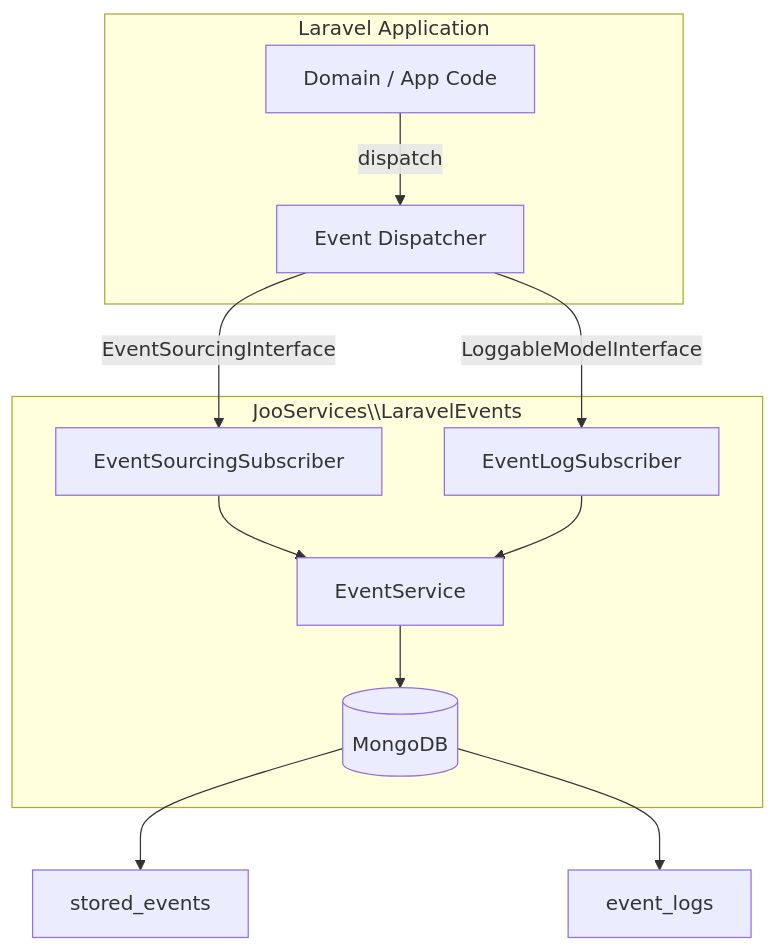
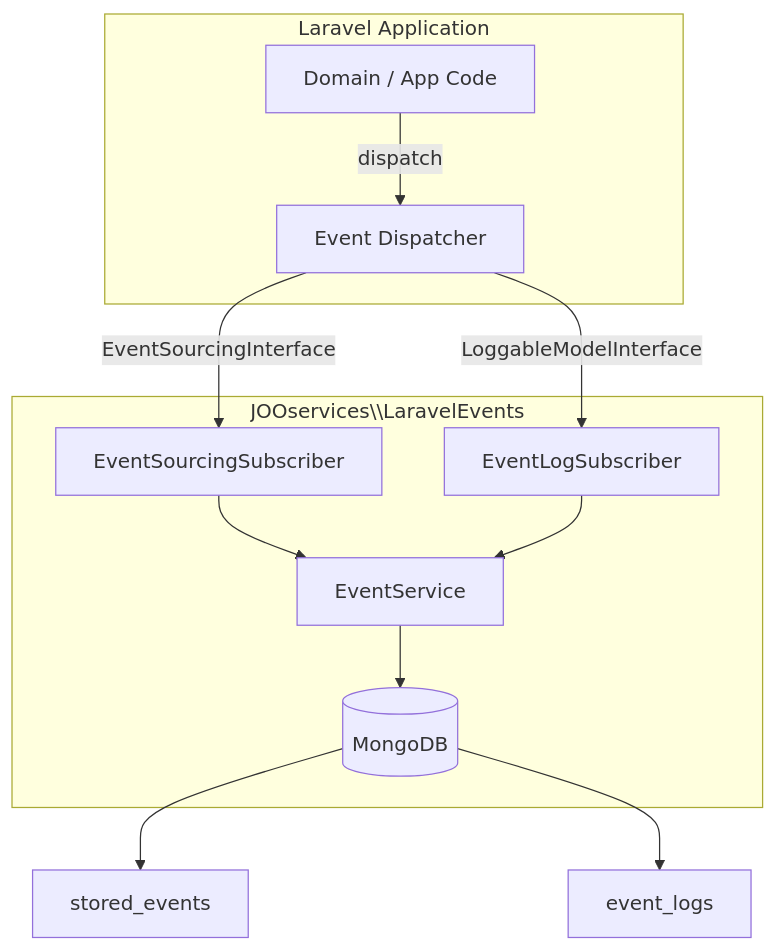
Before and after one commit to jooservices/laravel-events: the first of 4 diagrams in docs/00-architecture/01-project-overview.md, drawn with Mermaid. The commit also changed 60 other files, not shown here.

Commit message:
fix: normalize Laravel events namespace casing

````diff
--- a/docs/00-architecture/01-project-overview.md
+++ b/docs/00-architecture/01-project-overview.md
@@ -11,18 +11,18 @@
 ```mermaid
 flowchart TB
     subgraph App["Laravel Application"]
         A[Domain / App Code]
         A -->|dispatch| B[Event Dispatcher]
     end
 
-    subgraph Package["JooServices\\LaravelEvents"]
+    subgraph Package["JOOservices\\LaravelEvents"]
         B -->|EventSourcingInterface| C[EventSourcingSubscriber]
         B -->|LoggableModelInterface| D[EventLogSubscriber]
         C --> E[EventService]
         D --> E
         E --> F[(MongoDB)]
     end
 
     F --> G[stored_events]
     F --> H[event_logs]
 ```
````
